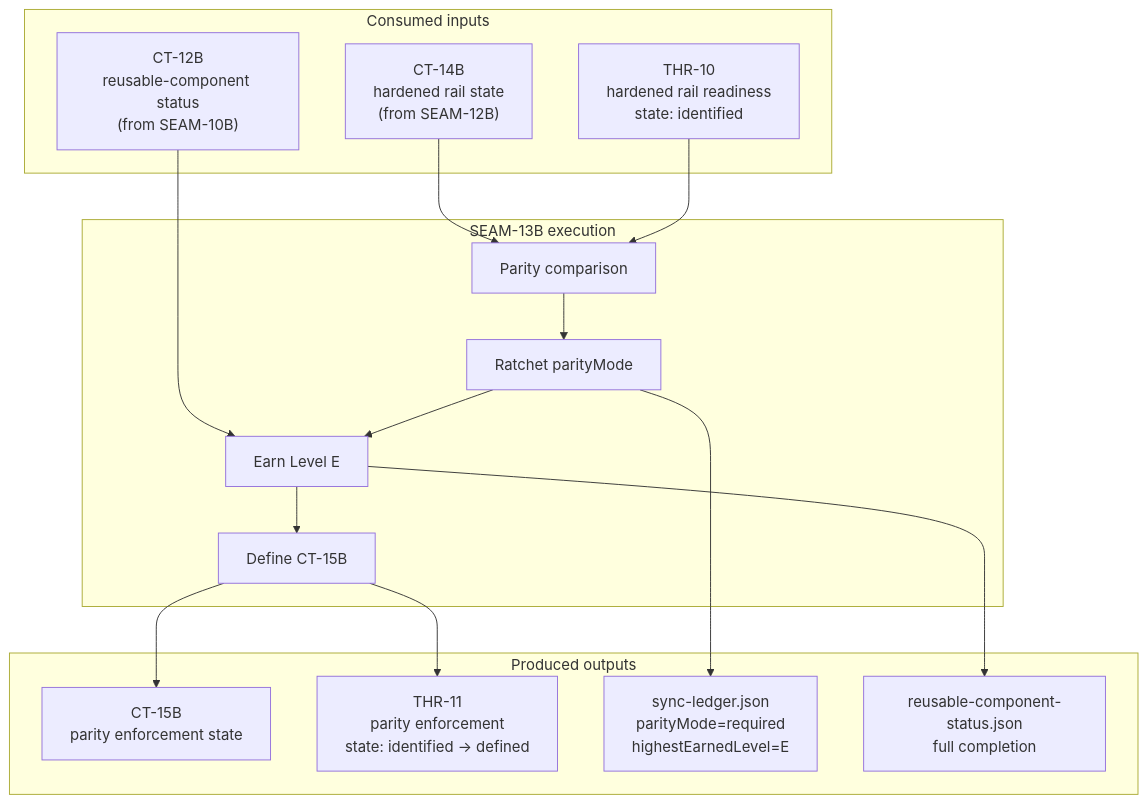
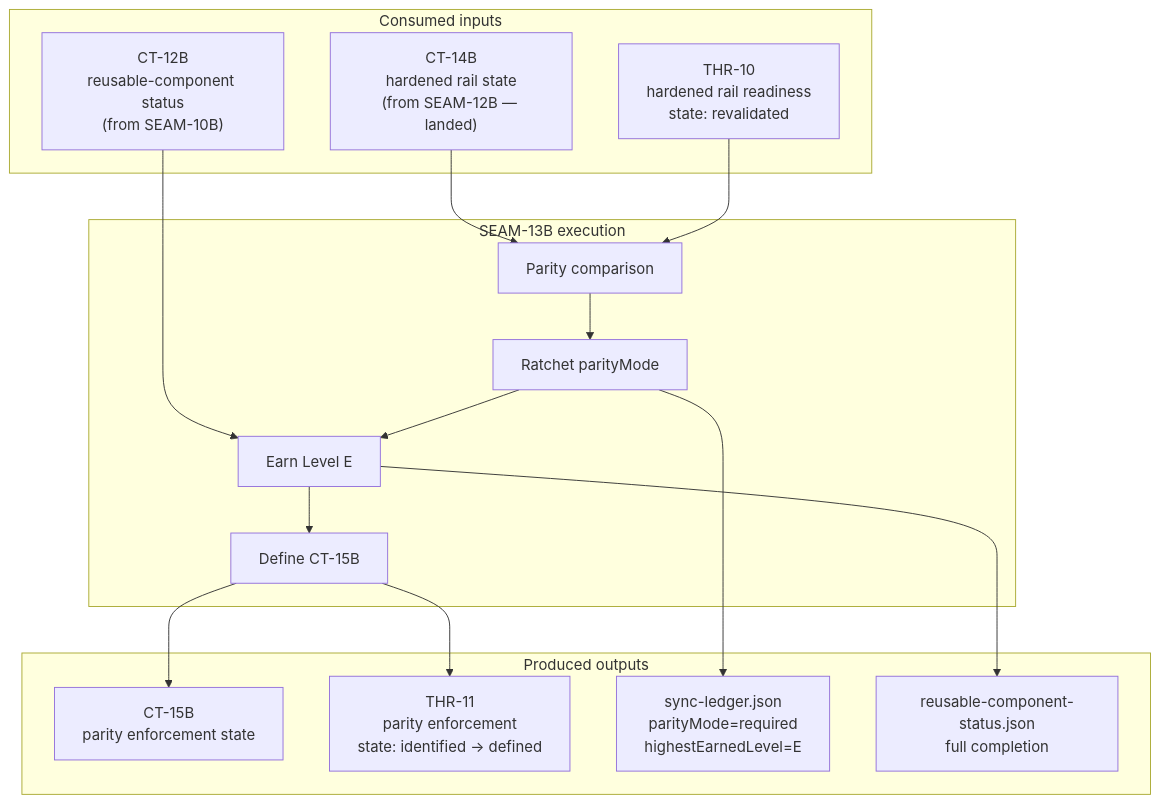
One commit to atomize-hq/collider changed the third of 3 diagrams in harness-completion/threaded-seams/seam-13b-parity-ratchet-promotion/review.md. Above: the diagram before and after it, drawn with Mermaid. The commit also changed other lines of this file and 9 other files, not shown here.

````diff
--- a/harness-completion/threaded-seams/seam-13b-parity-ratchet-promotion/review.md
+++ b/harness-completion/threaded-seams/seam-13b-parity-ratchet-promotion/review.md
@@ -58,33 +59,33 @@
 ```mermaid
 flowchart TB
   subgraph Consumed ["Consumed inputs"]
-    CT14B["CT-14B\nhardened rail state\n(from SEAM-12B)"]
+    CT14B["CT-14B\nhardened rail state\n(from SEAM-12B — landed)"]
     CT12B["CT-12B\nreusable-component status\n(from SEAM-10B)"]
-    THR10["THR-10\nhardened rail readiness\nstate: identified"]
+    THR10["THR-10\nhardened rail readiness\nstate: revalidated"]
   end
 
   subgraph SEAM13B ["SEAM-13B execution"]
     COMPARE["Parity comparison"]
     RATCHET["Ratchet parityMode"]
     PROMOTE["Earn Level E"]
     DEFINE["Define CT-15B"]
   end
 
   subgraph Produced ["Produced outputs"]
     CT15B["CT-15B\nparity enforcement state"]
     THR11["THR-11\nparity enforcement\nstate: identified → defined"]
     LEDGER["sync-ledger.json\nparityMode=required\nhighestEarnedLevel=E"]
     STATUS["reusable-component-status.json\nfull completion"]
   end
 
   CT14B --> COMPARE
   CT12B --> PROMOTE
   THR10 --> COMPARE
   COMPARE --> RATCHET
   RATCHET --> PROMOTE
   PROMOTE --> DEFINE
   DEFINE --> CT15B
   DEFINE --> THR11
   RATCHET --> LEDGER
   PROMOTE --> STATUS
 ```
````
